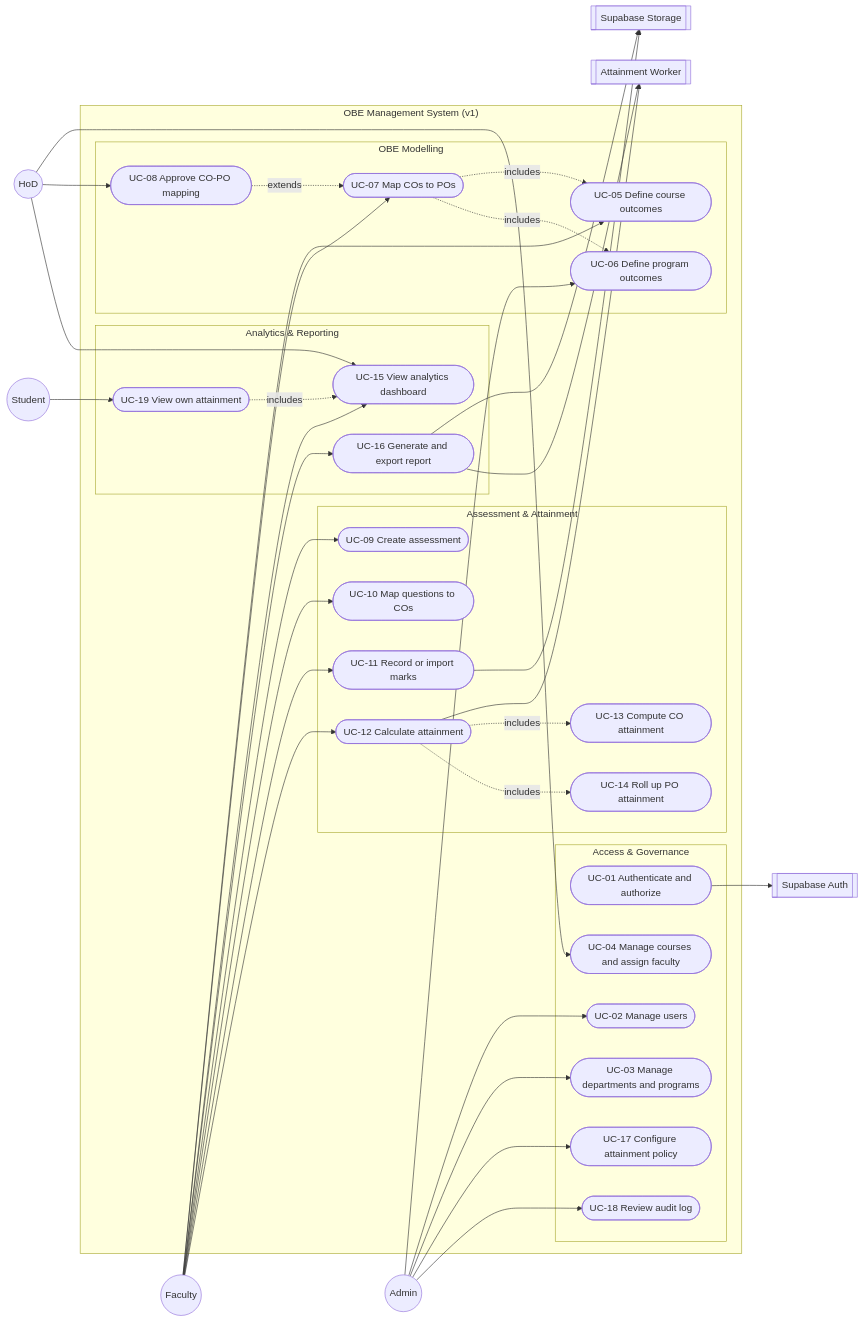
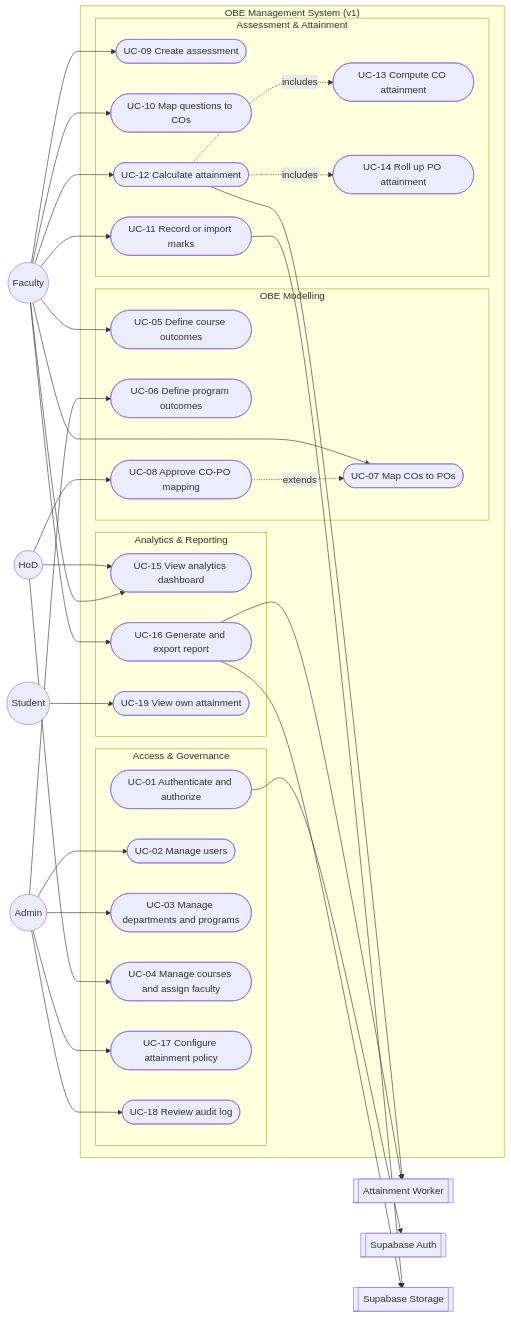
The diagram in EX5README.md (harshh-debug/2026-2027_IT-B_20240110085), drawn with Mermaid before and after one commit. The commit also changed other lines of this file, not shown here.

````diff
--- a/EX5README.md
+++ b/EX5README.md
@@ -33,74 +33,71 @@
 ```mermaid
 flowchart LR
     Admin(("Admin"))
     HoD(("HoD"))
     Faculty(("Faculty"))
     Student(("Student"))
     Worker[["Attainment Worker"]]
     Auth[["Supabase Auth"]]
     Storage[["Supabase Storage"]]
 
     subgraph SYS["OBE Management System (v1)"]
         subgraph ACCESS["Access & Governance"]
             UC01(["UC-01 Authenticate and authorize"])
             UC02(["UC-02 Manage users"])
             UC03(["UC-03 Manage departments and programs"])
             UC04(["UC-04 Manage courses and assign faculty"])
             UC17(["UC-17 Configure attainment policy"])
             UC18(["UC-18 Review audit log"])
         end
         subgraph MODEL["OBE Modelling"]
             UC05(["UC-05 Define course outcomes"])
             UC06(["UC-06 Define program outcomes"])
             UC07(["UC-07 Map COs to POs"])
             UC08(["UC-08 Approve CO-PO mapping"])
         end
         subgraph ASSESS["Assessment & Attainment"]
             UC09(["UC-09 Create assessment"])
             UC10(["UC-10 Map questions to COs"])
             UC11(["UC-11 Record or import marks"])
             UC12(["UC-12 Calculate attainment"])
             UC13(["UC-13 Compute CO attainment"])
             UC14(["UC-14 Roll up PO attainment"])
         end
         subgraph REPORT["Analytics & Reporting"]
             UC15(["UC-15 View analytics dashboard"])
             UC16(["UC-16 Generate and export report"])
             UC19(["UC-19 View own attainment"])
         end
     end
 
     Admin --> UC02
     Admin --> UC03
     Admin --> UC06
     Admin --> UC17
     Admin --> UC18
 
     HoD --> UC04
     HoD --> UC08
     HoD --> UC15
 
     Faculty --> UC05
     Faculty --> UC07
     Faculty --> UC09
     Faculty --> UC10
     Faculty --> UC11
     Faculty --> UC12
     Faculty --> UC15
     Faculty --> UC16
 
     Student --> UC19
 
     UC01 --> Auth
     UC11 --> Storage
     UC16 --> Storage
     UC12 --> Worker
     UC16 --> Worker
 
     UC12 -.->|includes| UC13
     UC12 -.->|includes| UC14
-    UC07 -.->|includes| UC05
-    UC07 -.->|includes| UC06
     UC08 -.->|extends| UC07
-    UC19 -.->|includes| UC15
 ```
````
